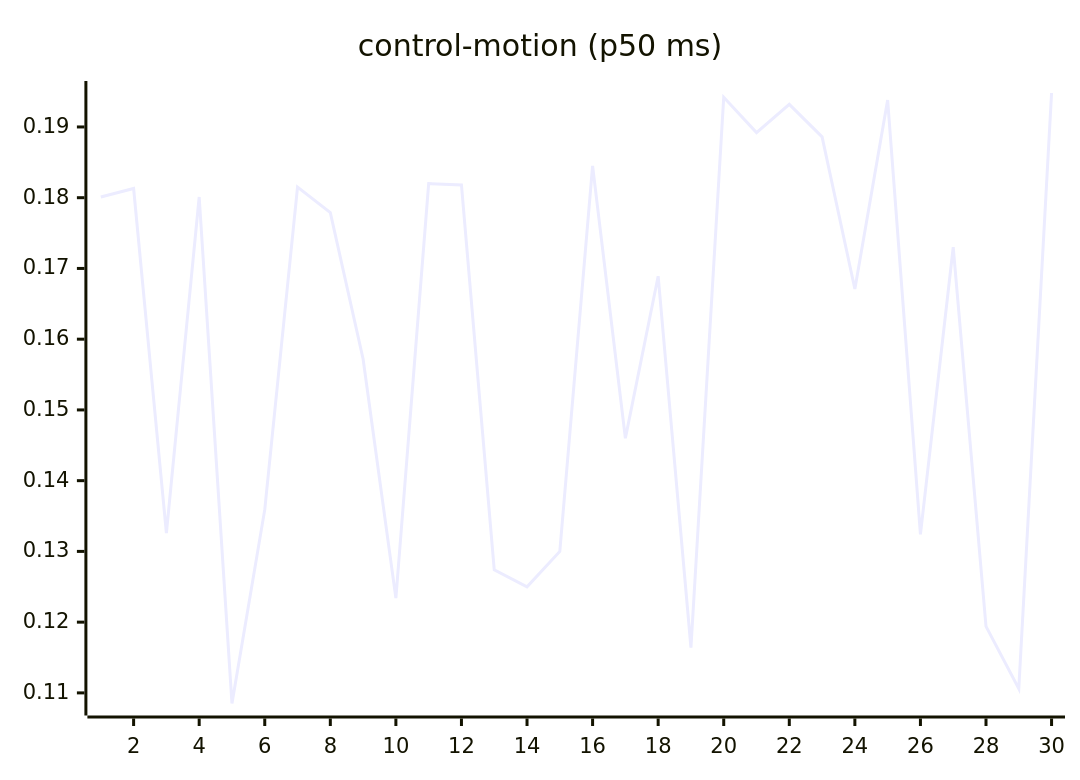
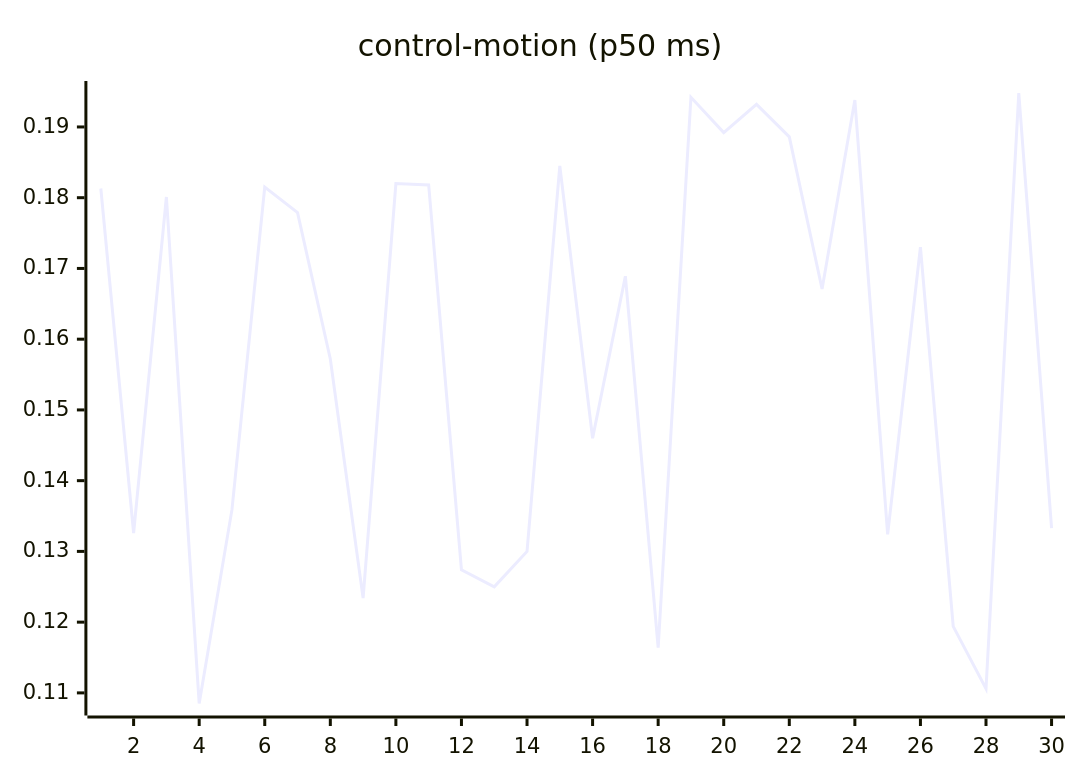
Before and after one commit to josha/Facet: the seventh of 27 diagrams in README.md, drawn with Mermaid. The commit also changed other lines of this file and 2 other files, not shown here.

````diff
--- a/README.md
+++ b/README.md
@@ -105,6 +105,6 @@
 ```mermaid
 xychart-beta
     title "control-motion (p50 ms)"
     x-axis 1 --> 30
-    line [0.1801, 0.1813, 0.1326, 0.1801, 0.1085, 0.1359, 0.1815, 0.1779, 0.1572, 0.1234, 0.1820, 0.1818, 0.1274, 0.1250, 0.1300, 0.1845, 0.1460, 0.1689, 0.1164, 0.1942, 0.1892, 0.1932, 0.1886, 0.1671, 0.1938, 0.1324, 0.1730, 0.1194, 0.1106, 0.1948]
+    line [0.1813, 0.1326, 0.1801, 0.1085, 0.1359, 0.1815, 0.1779, 0.1572, 0.1234, 0.1820, 0.1818, 0.1274, 0.1250, 0.1300, 0.1845, 0.1460, 0.1689, 0.1164, 0.1942, 0.1892, 0.1932, 0.1886, 0.1671, 0.1938, 0.1324, 0.1730, 0.1194, 0.1106, 0.1948, 0.1333]
 ```
````
